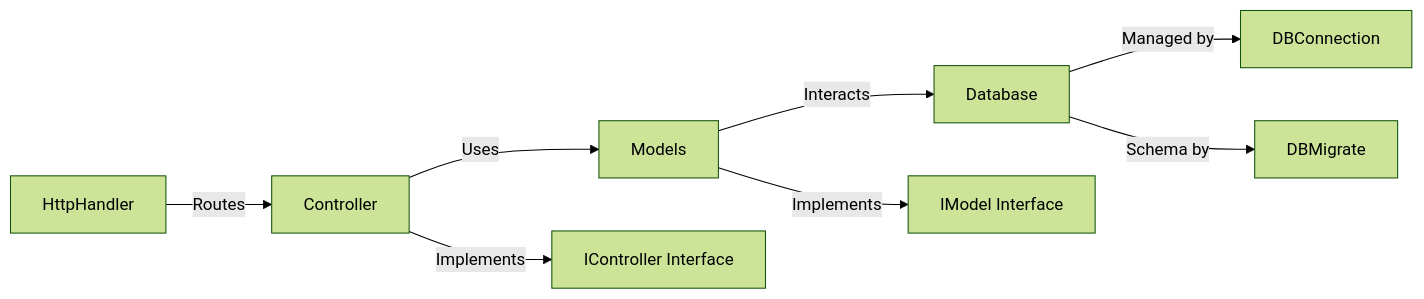
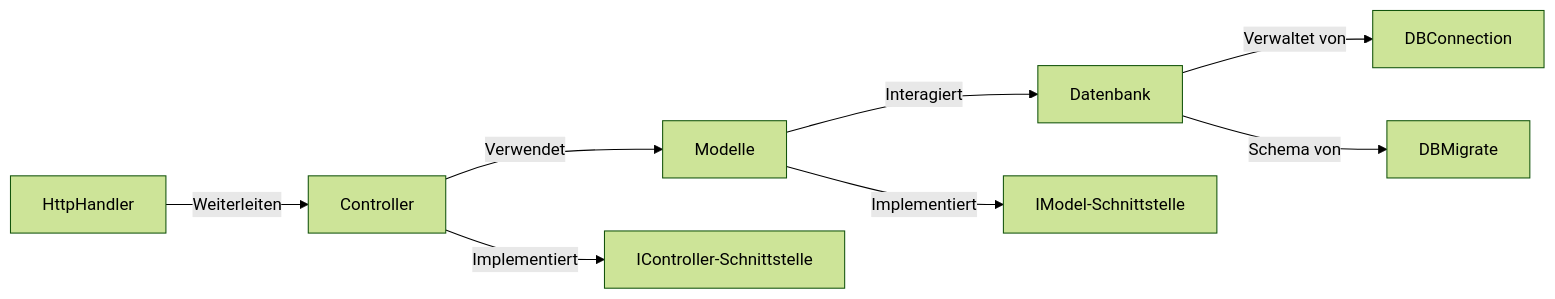
The fourth of 4 diagrams in DOCUMENTATION.de.md (secure73/MicrosPy), drawn with Mermaid (forest theme) before and after one commit. The commit also changed other lines of this file, not shown here.

````diff
--- a/DOCUMENTATION.de.md
+++ b/DOCUMENTATION.de.md
@@ -557,10 +556,10 @@
 ```mermaid
 graph LR
-    A[HttpHandler] -->|Routes| B[Controller]
-    B -->|Uses| C[Models]
-    C -->|Interacts| D[Database]
-    B -->|Implements| E[IController Interface]
-    C -->|Implements| F[IModel Interface]
-    D -->|Managed by| G[DBConnection]
-    D -->|Schema by| H[DBMigrate]
+    A[HttpHandler] -->|Weiterleiten| B[Controller]
+    B -->|Verwendet| C[Modelle]
+    C -->|Interagiert| D[Datenbank]
+    B -->|Implementiert| E[IController-Schnittstelle]
+    C -->|Implementiert| F[IModel-Schnittstelle]
+    D -->|Verwaltet von| G[DBConnection]
+    D -->|Schema von| H[DBMigrate]
 ```
````
